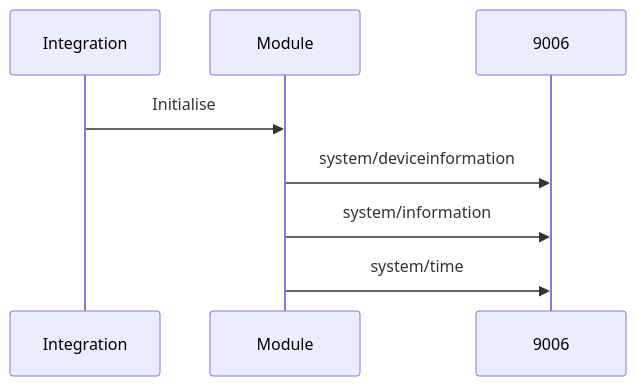
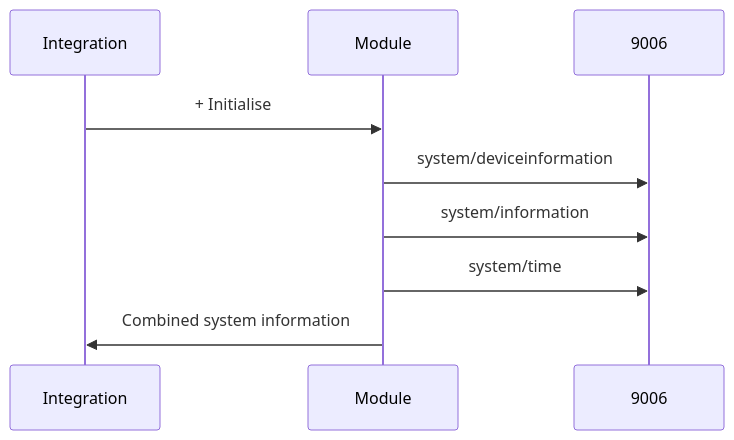
One commit to RogerSelwyn/Home_Assistant_SkyQ_MediaPlayer changed the first of 2 diagrams in flowchart/README.md. Above: the diagram before and after it, drawn with Mermaid. The commit also changed other lines of this file, not shown here.

````diff
--- a/flowchart/README.md
+++ b/flowchart/README.md
@@ -5,10 +5,11 @@
 ```mermaid
 sequenceDiagram
 participant I as Integration
 participant M as Module
 participant J as 9006
-I->>M: Initialise
+I->>M:+ Initialise
 M->>J: system/deviceinformation
 M->>J: system/information
 M->>J: system/time
+M->>I: Combined system information
 ```
````
